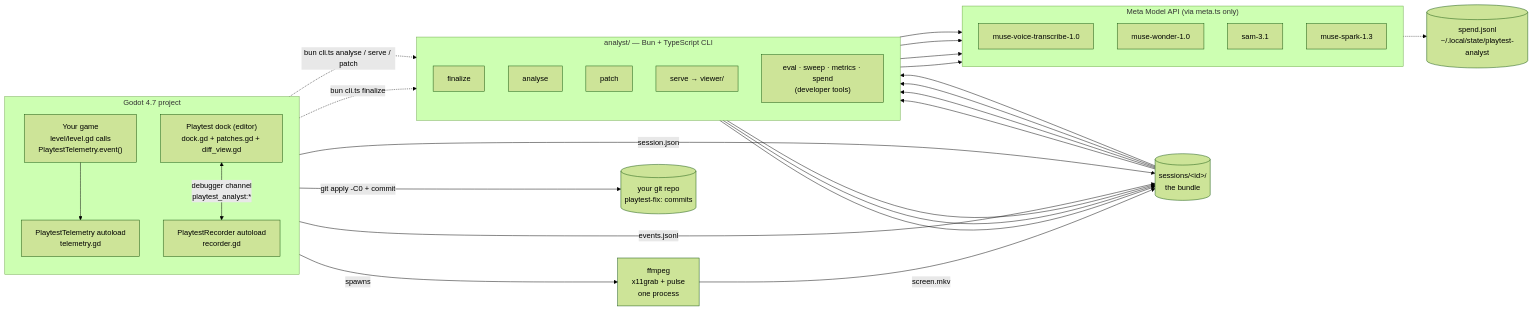
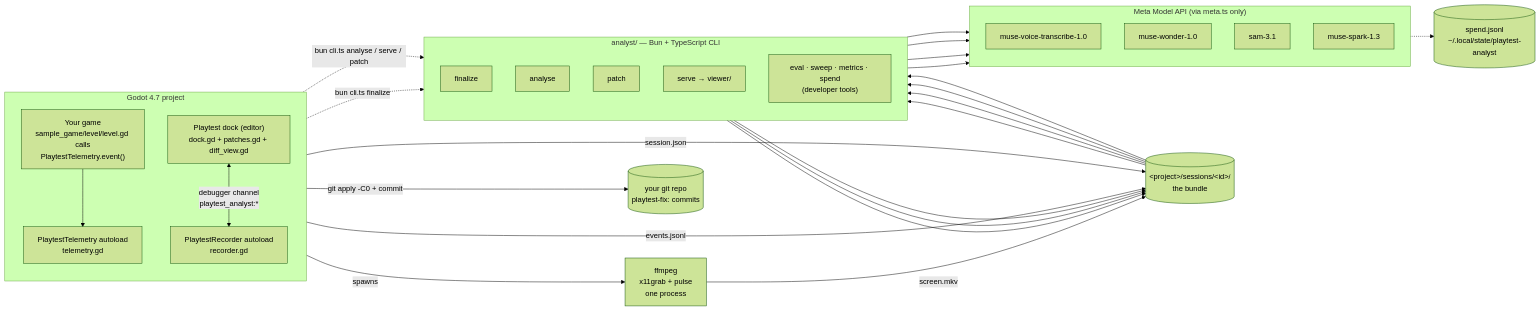
The first of 9 diagrams in docs/architecture.md (tornupgaming/playtest-analyst), drawn with Mermaid (forest theme) before and after one commit. The commit also changed other lines of this file and 148 other files, not shown here.

First line of the commit message:
Move the Godot project into sample_game/; the plugin and analyst stay top level

````diff
--- a/docs/architecture.md
+++ b/docs/architecture.md
@@ -14,52 +14,52 @@
 ```mermaid
 flowchart LR
   subgraph Godot["Godot 4.7 project"]
     direction TB
-    Game["Your game<br/>level/level.gd calls<br/>PlaytestTelemetry.event()"]
+    Game["Your game<br/>sample_game/level/level.gd calls<br/>PlaytestTelemetry.event()"]
     Tel["PlaytestTelemetry autoload<br/>telemetry.gd"]
     Rec["PlaytestRecorder autoload<br/>recorder.gd"]
     Dock["Playtest dock (editor)<br/>dock.gd + patches.gd + diff_view.gd"]
     Game --> Tel
   end
 
   FF["ffmpeg<br/>x11grab + pulse<br/>one process"]
-  Bundle[("sessions/&lt;id&gt;/<br/>the bundle")]
+  Bundle[("&lt;project&gt;/sessions/&lt;id&gt;/<br/>the bundle")]
 
   subgraph CLI["analyst/ — Bun + TypeScript CLI"]
     direction TB
     Fin["finalize"]
     Ana["analyse"]
     Pat["patch"]
     Srv["serve → viewer/"]
     Dev["eval · sweep · metrics · spend<br/>(developer tools)"]
   end
 
   subgraph Meta["Meta Model API (via meta.ts only)"]
     direction TB
     ASR["muse-voice-transcribe-1.0"]
     W["muse-wonder-1.0"]
     SAM["sam-3.1"]
     SP["muse-spark-1.3"]
   end
 
   Ledger[("spend.jsonl<br/>~/.local/state/playtest-analyst")]
   Repo[("your git repo<br/>playtest-fix: commits")]
 
   Rec -->|spawns| FF -->|screen.mkv| Bundle
   Tel -->|events.jsonl| Bundle
   Rec -->|session.json| Bundle
   Rec -.->|"bun cli.ts finalize"| Fin
   Dock -.->|"bun cli.ts analyse / serve / patch"| CLI
   Dock <-->|"debugger channel<br/>playtest_analyst:*"| Rec
 
   Bundle --> Fin --> Bundle
   Bundle --> Ana --> Bundle
   Bundle --> Pat --> Bundle
   Bundle --> Srv
 
   Ana --> ASR & W & SAM
   Pat --> SP
   Meta -.-> Ledger
 
   Dock -->|"git apply -C0 + commit"| Repo
 ```
````
